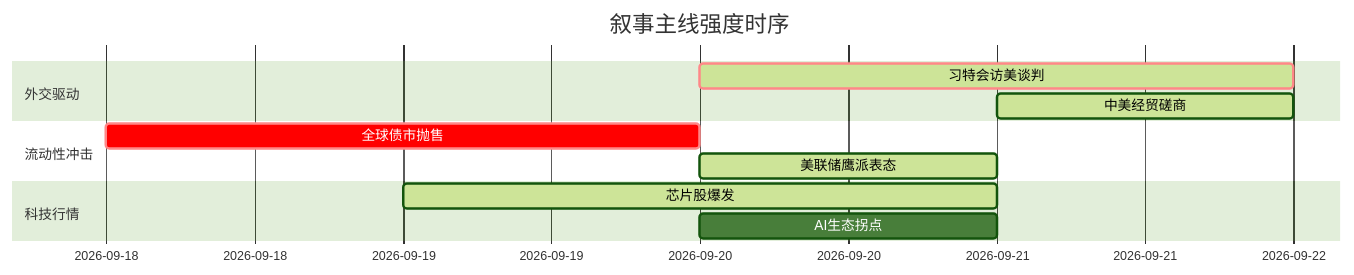
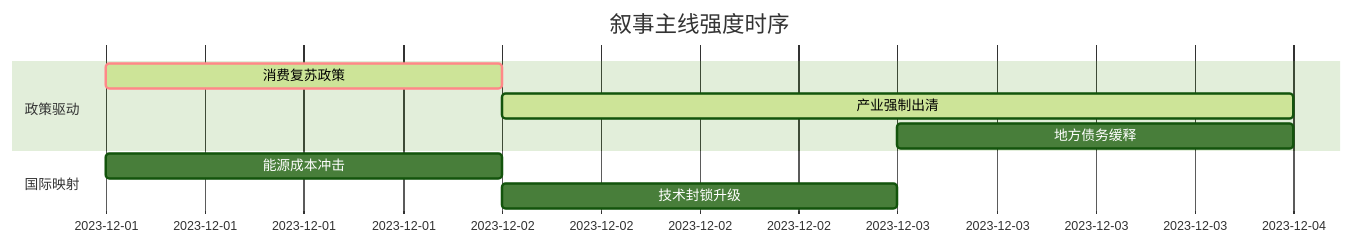
The diagram in 5day_report.md (uu5zn/uu5zn.github.io), drawn with Mermaid (forest theme) before and after one commit. The commit also changed other lines of this file and 19 other files, not shown here.

````diff
--- a/5day_report.md
+++ b/5day_report.md
@@ -58,16 +48,13 @@
 ```mermaid
 gantt
     title 叙事主线强度时序
-    dateFormat YYYY-MM-DD
-    section 外交驱动
-    习特会访美谈判   :crit, active, 2026-09-20, 2d
-    中美经贸磋商   :active, 2026-09-21, 1d
+    dateFormat  YYYY-MM-DD
+    section 政策驱动
+    消费复苏政策   :crit, active, 2023-12-01, 1d
+    产业强制出清   :active, 2023-12-02, 2d
+    地方债务缓释   :2023-12-03, 1d
     
-    section 流动性冲击
-    全球债市抛售   :crit, 2026-09-18, 2d
-    美联储鹰派表态   :active, 2026-09-20, 1d
-    
-    section 科技行情
-    芯片股爆发   :active, 2026-09-19, 2d
-    AI生态拐点   :2026-09-20, 1d
+    section 国际映射
+    能源成本冲击   :2023-12-01, 1d
+    技术封锁升级   :2023-12-02, 1d
 ```
````
